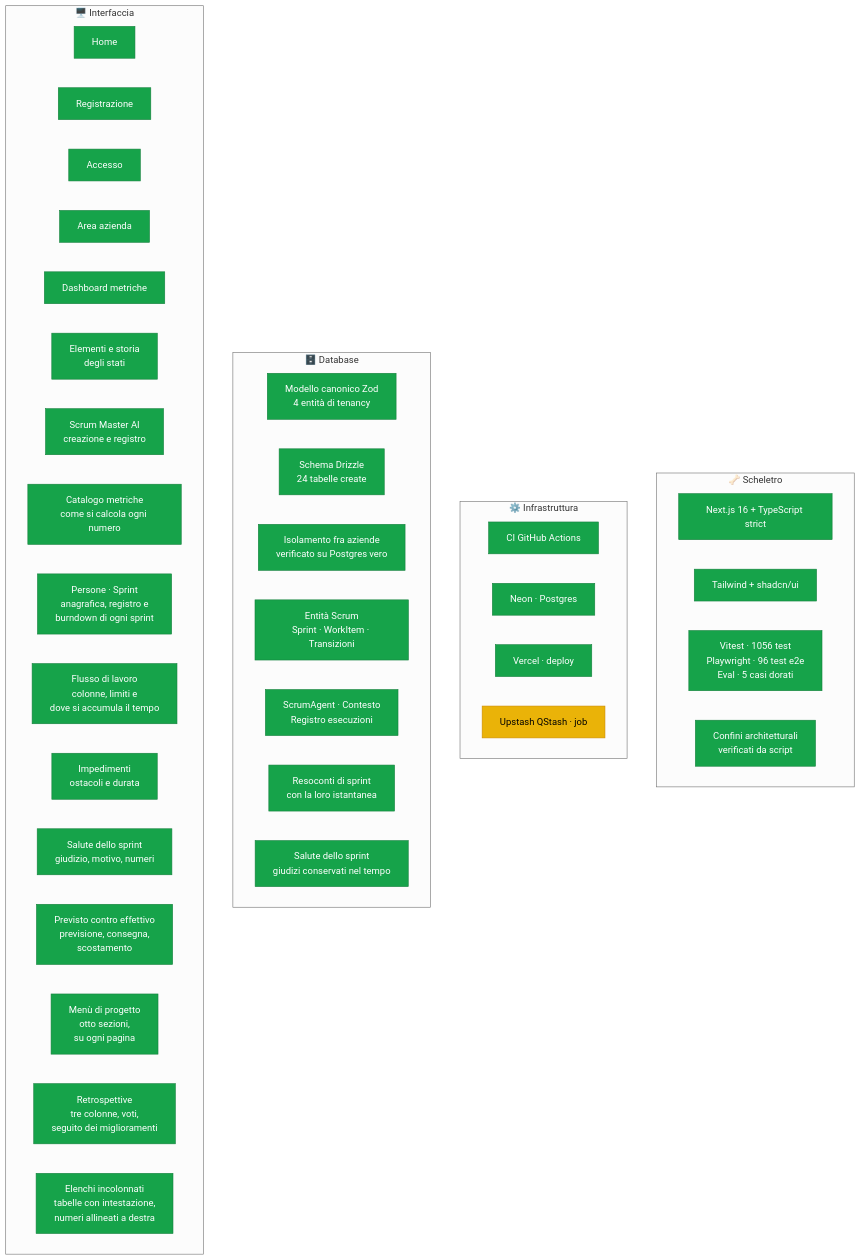
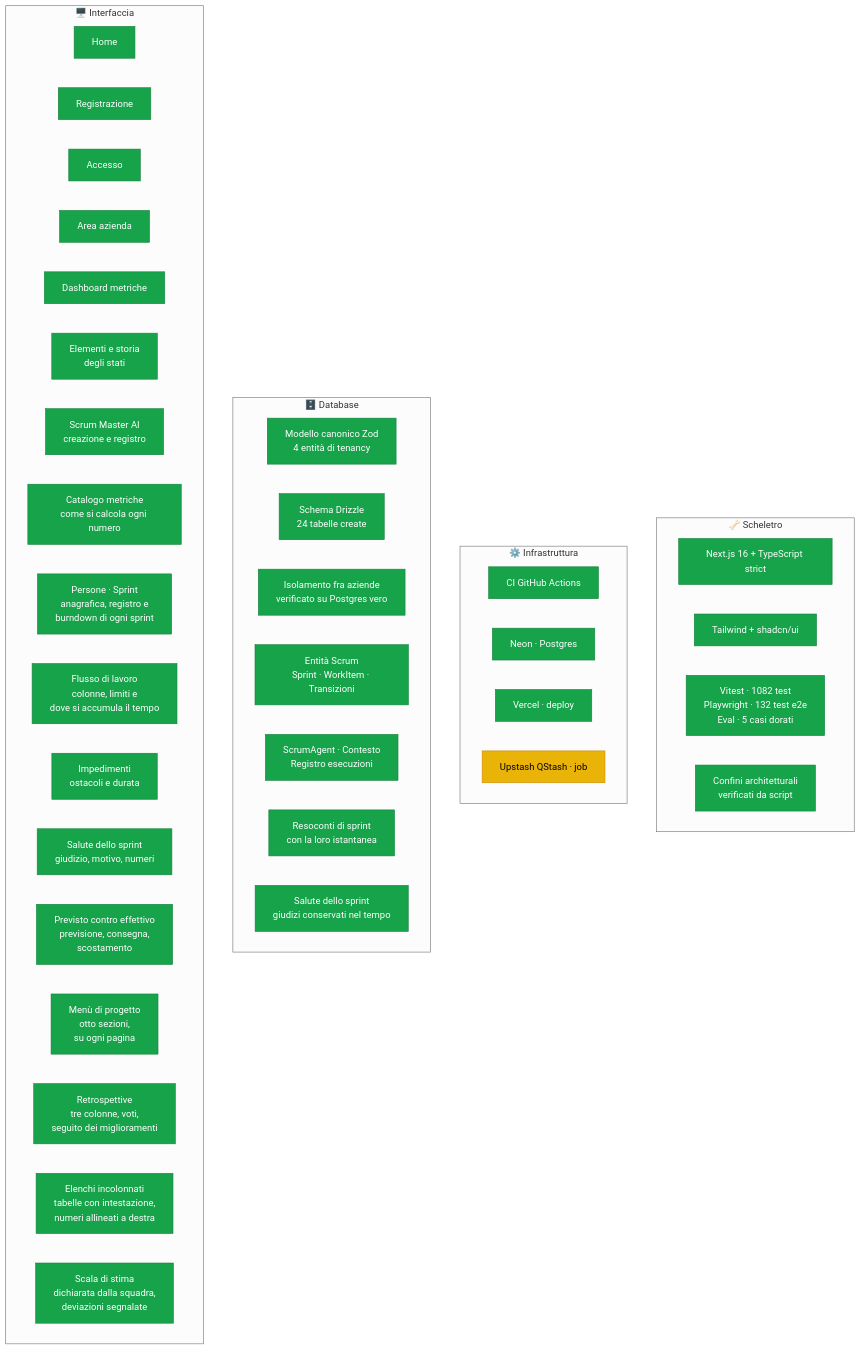
The first of 3 diagrams in docs/stato-progetto.md (dibari62/scrum-master-ai), drawn with Mermaid (neutral theme) before and after one commit. The commit also changed other lines of this file and 25 other files, not shown here.

First line of the commit message:
feat(domain): dichiara la scala di stima e salva il mezzo punto

````diff
--- a/docs/stato-progetto.md
+++ b/docs/stato-progetto.md
@@ -16,55 +16,56 @@
 ```mermaid
 graph TB
     subgraph SCH["🦴 Scheletro"]
         S1["Next.js 16 + TypeScript strict"]
         S2["Tailwind + shadcn/ui"]
-        S3["Vitest · 1056 test<br/>Playwright · 96 test e2e<br/>Eval · 5 casi dorati"]
+        S3["Vitest · 1082 test<br/>Playwright · 132 test e2e<br/>Eval · 5 casi dorati"]
         S4["Confini architetturali<br/>verificati da script"]
     end
 
     subgraph INF["⚙️ Infrastruttura"]
         I1["CI GitHub Actions"]
         I2["Neon · Postgres"]
         I3["Vercel · deploy"]
         I4["Upstash QStash · job"]
     end
 
     subgraph DB["🗄️ Database"]
         D1["Modello canonico Zod<br/>4 entità di tenancy"]
         D2["Schema Drizzle<br/>24 tabelle create"]
         D3["Isolamento fra aziende<br/>verificato su Postgres vero"]
         D4["Entità Scrum<br/>Sprint · WorkItem · Transizioni"]
         D5["ScrumAgent · Contesto<br/>Registro esecuzioni"]
         D6["Resoconti di sprint<br/>con la loro istantanea"]
         D7["Salute dello sprint<br/>giudizi conservati nel tempo"]
     end
 
     subgraph UI["🖥️ Interfaccia"]
         U1["Home"]
         U2["Registrazione"]
         U3["Accesso"]
         U4["Area azienda"]
         U5["Dashboard metriche"]
         U7["Elementi e storia<br/>degli stati"]
         U6["Scrum Master AI<br/>creazione e registro"]
         U8["Catalogo metriche<br/>come si calcola ogni numero"]
         U9["Persone · Sprint<br/>anagrafica, registro e<br/>burndown di ogni sprint"]
         U10["Flusso di lavoro<br/>colonne, limiti e<br/>dove si accumula il tempo"]
         U11["Impedimenti<br/>ostacoli e durata"]
         U12["Salute dello sprint<br/>giudizio, motivo, numeri"]
         U13["Previsto contro effettivo<br/>previsione, consegna,<br/>scostamento"]
         U14["Menù di progetto<br/>otto sezioni,<br/>su ogni pagina"]
         U15["Retrospettive<br/>tre colonne, voti,<br/>seguito dei miglioramenti"]
         U16["Elenchi incolonnati<br/>tabelle con intestazione,<br/>numeri allineati a destra"]
+        U17["Scala di stima<br/>dichiarata dalla squadra,<br/>deviazioni segnalate"]
     end
 
     classDef fatto fill:#16a34a,stroke:#15803d,color:#fff
     classDef corso fill:#eab308,stroke:#ca8a04,color:#000
     classDef todo fill:#e5e7eb,stroke:#9ca3af,color:#6b7280
 
     class S1,S2,S3,S4 fatto
     class I1,I2,I3 fatto
     class I4 corso
     class D1,D2,D3,D4,D5,D6,D7 fatto
-    class U1,U2,U3,U4,U5,U6,U7,U8,U9,U10,U11,U12,U13,U14,U15,U16 fatto
+    class U1,U2,U3,U4,U5,U6,U7,U8,U9,U10,U11,U12,U13,U14,U15,U16,U17 fatto
 ```
````
